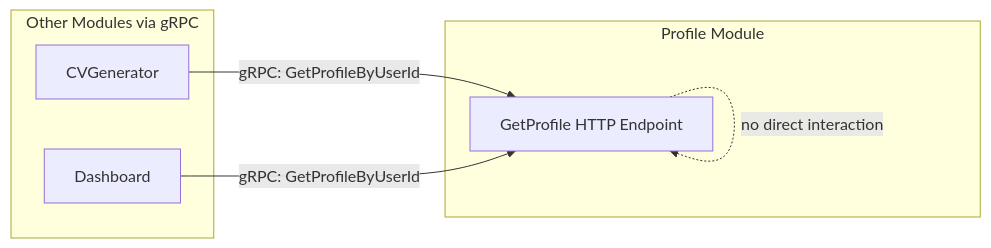
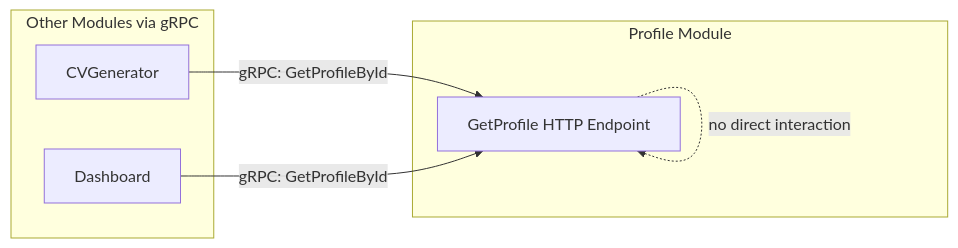
The first of 3 diagrams in docs/features/profile/get-profile.md (AbanoubPhelopos/TailorCV), drawn with Mermaid before and after one commit. The commit also changed other lines of this file and 189 other files, not shown here.

````diff
--- a/docs/features/profile/get-profile.md
+++ b/docs/features/profile/get-profile.md
@@ -103,15 +103,15 @@
 ```mermaid
 graph LR
     subgraph "Profile Module"
         A[GetProfile HTTP Endpoint]
     end
 
     subgraph "Other Modules via gRPC"
         B[CVGenerator]
         C[Dashboard]
     end
 
     A -.->|no direct interaction| A
-    B -->|gRPC: GetProfileByUserId| A
-    C -->|gRPC: GetProfileByUserId| A
+    B -->|gRPC: GetProfileById| A
+    C -->|gRPC: GetProfileById| A
 ```
````
